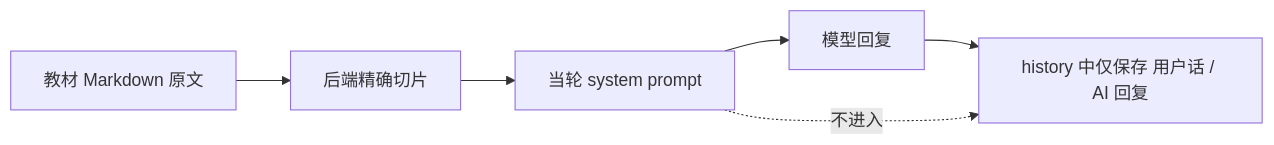
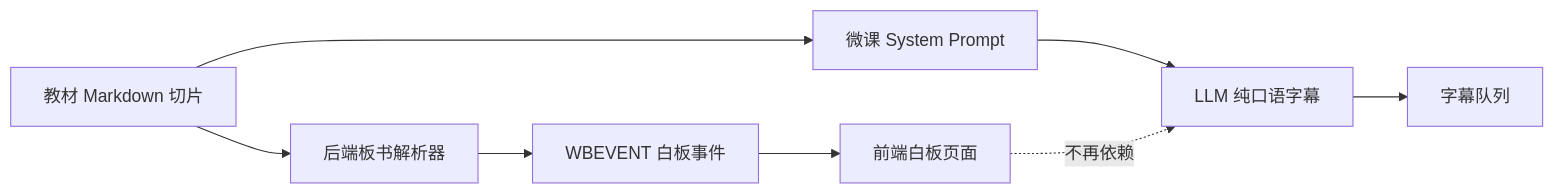
The third of 3 diagrams in README.md (jacobsisir-glitch/AI-English-Teacher), drawn with Mermaid before and after one commit. The commit also changed other lines of this file, not shown here.

Commit message:
Refresh README for dual-track class flow

````diff
--- a/README.md
+++ b/README.md
@@ -87,8 +108,12 @@
 ```mermaid
 flowchart LR
-    A[教材 Markdown 原文] --> B[后端精确切片]
-    B --> C[当轮 system prompt]
-    C --> D[模型回复]
-    D --> E[history 中仅保存 用户话 / AI 回复]
-    C -. 不进入 .-> E
+    A[教材 Markdown 切片] --> B[后端板书解析器]
+    B --> C[WBEVENT 白板事件]
+    C --> D[前端白板页面]
+
+    A --> E[微课 System Prompt]
+    E --> F[LLM 纯口语字幕]
+    F --> G[字幕队列]
+
+    D -. 不再依赖 .-> F
 ```
````
